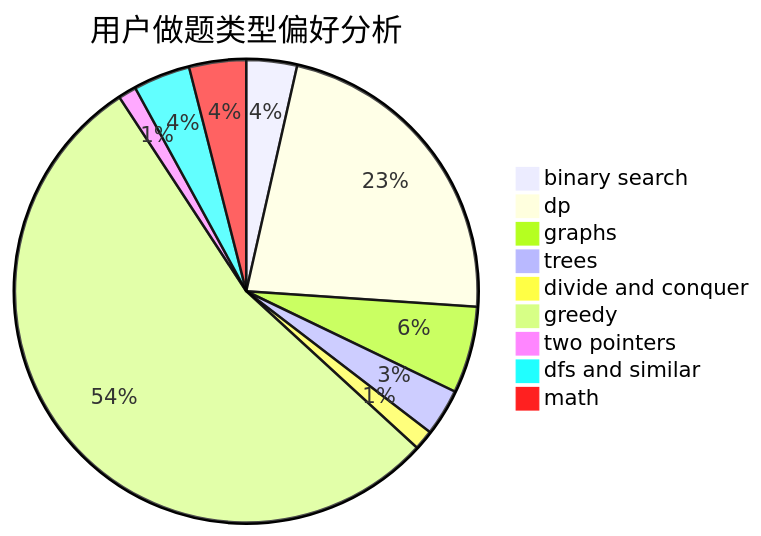
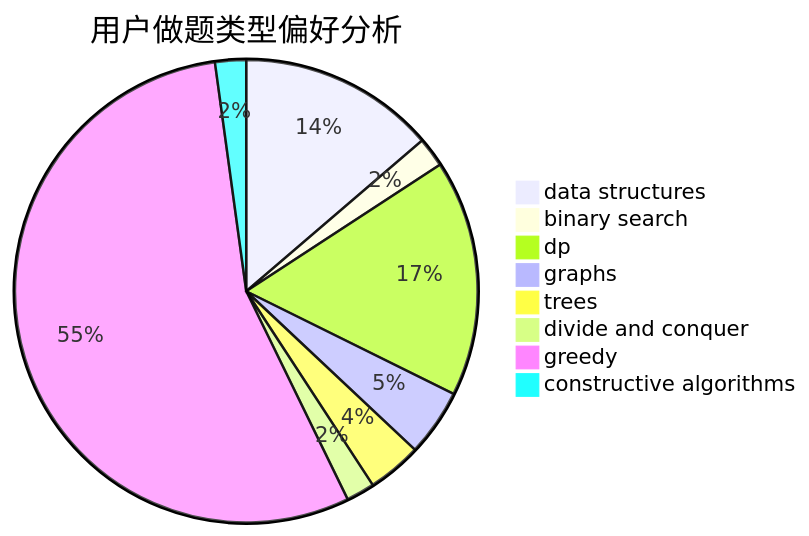
One commit to sherpahu/cfrs.github.io changed the second of 3 diagrams in docs/user/u1648.md. Above: the diagram before and after it, drawn with Mermaid. The commit also changed other lines of this file and 2775 other files, not shown here.

````diff
--- a/docs/user/u1648.md
+++ b/docs/user/u1648.md
@@ -23,12 +23,11 @@
 ```mermaid
 pie title 用户做题类型偏好分析
-    "binary search" :  56
-    "dp" :  357
-    "graphs" :  96
-    "trees" :  52
+    "data structures" :  152
+    "binary search" :  23
+    "dp" :  183
+    "graphs" :  52
+    "trees" :  42
     "divide and conquer" :  22
-    "greedy" :  855
-    "two pointers" :  20
-    "dfs and similar" :  63
-    "math" :  63
+    "greedy" :  610
+    "constructive algorithms" :  24
 ```
````
